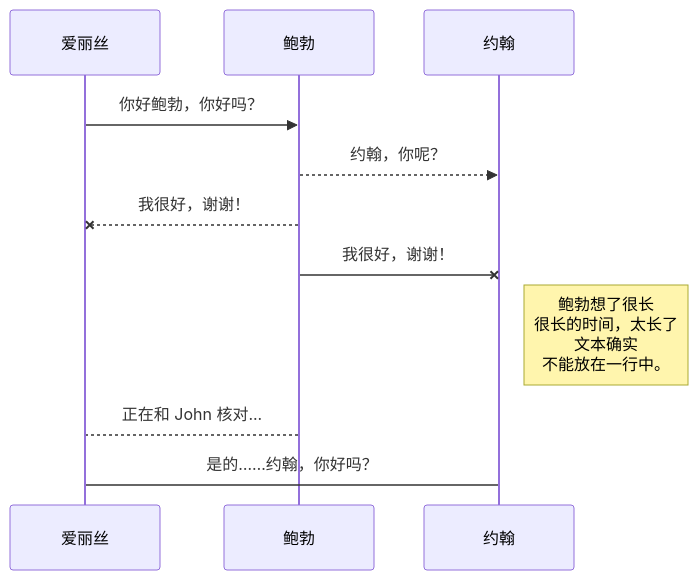
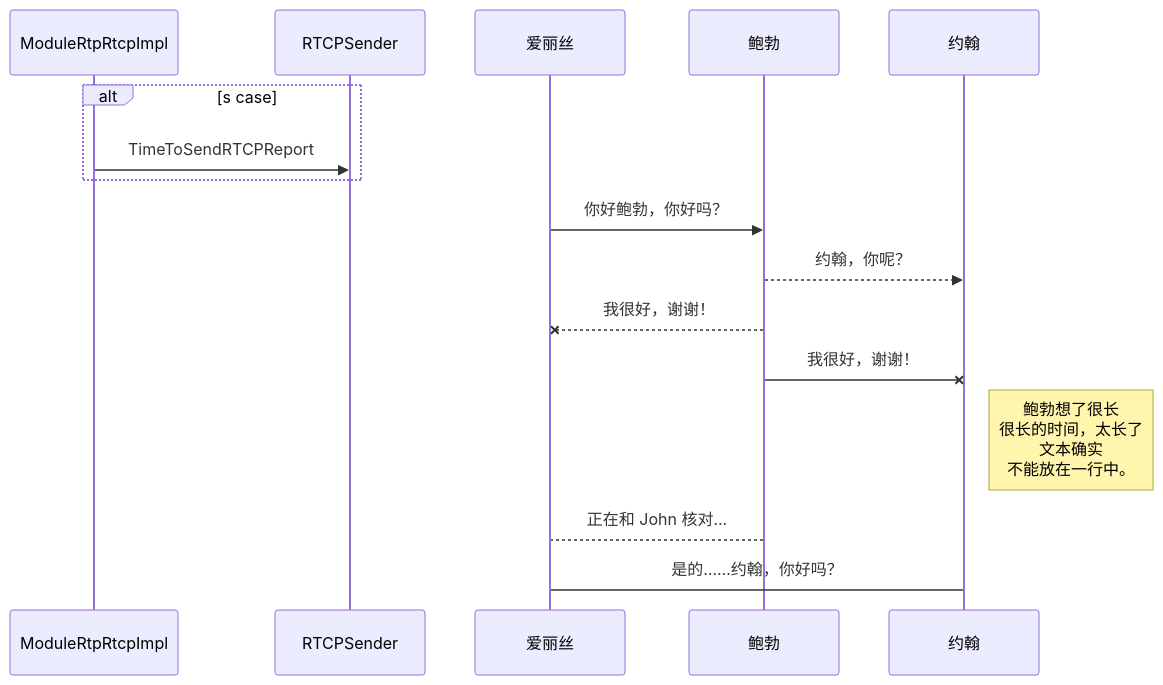
The diagram in Note/webrtc.md (ThinPikachu/Note), drawn with Mermaid before and after one commit. The commit also changed other lines of this file, not shown here.

Commit message:
Note/webrtc.md updated from https://stackedit.cn/

````diff
--- a/Note/webrtc.md
+++ b/Note/webrtc.md
@@ -49,11 +49,14 @@
 ```mermaid
 sequenceDiagram
+alt s case
+ModuleRtpRtcpImpl ->> RTCPSender: TimeToSendRTCPReport
+end
 爱丽丝 ->> 鲍勃: 你好鲍勃，你好吗？
 鲍勃-->>约翰: 约翰，你呢？
 鲍勃--x 爱丽丝: 我很好，谢谢！
 鲍勃-x 约翰: 我很好，谢谢！
 Note right of 约翰: 鲍勃想了很长<br/>很长的时间，太长了<br/>文本确实<br/>不能放在一行中。
 
 鲍勃-->爱丽丝: 正在和 John 核对...
 爱丽丝->约翰: 是的……约翰，你好吗？
 ```
````
